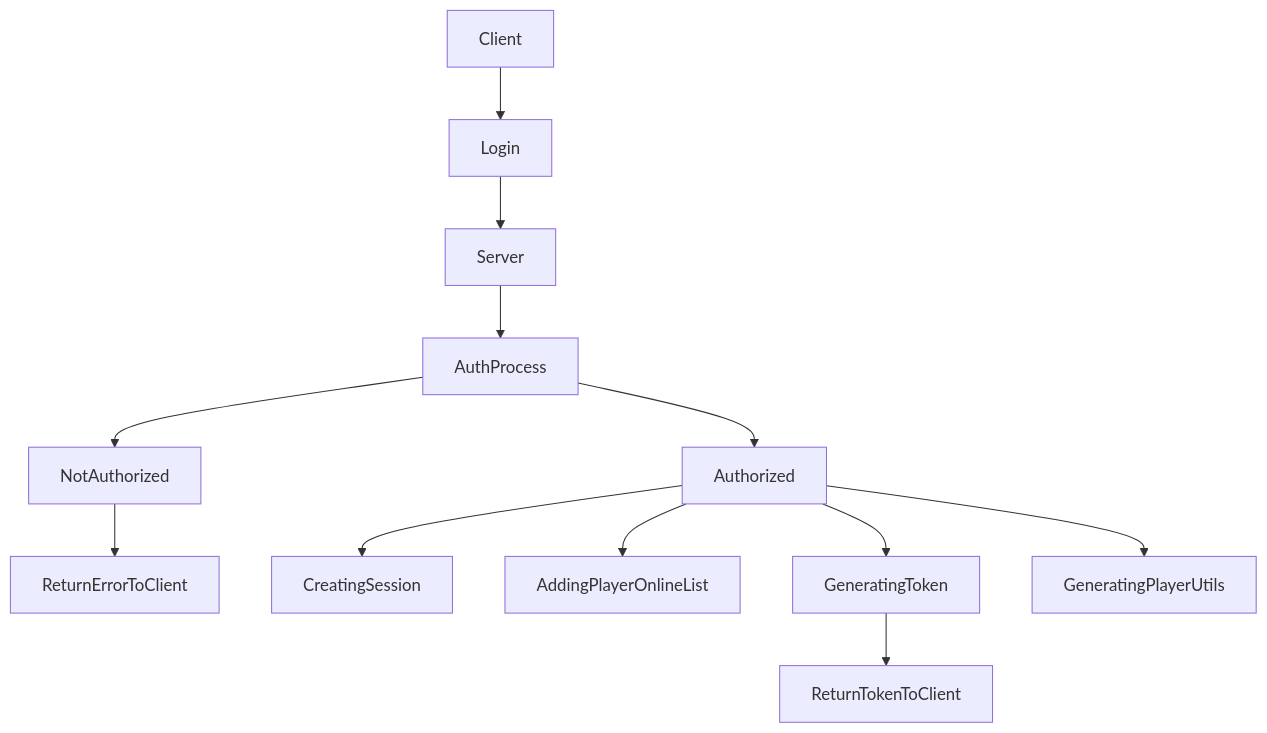
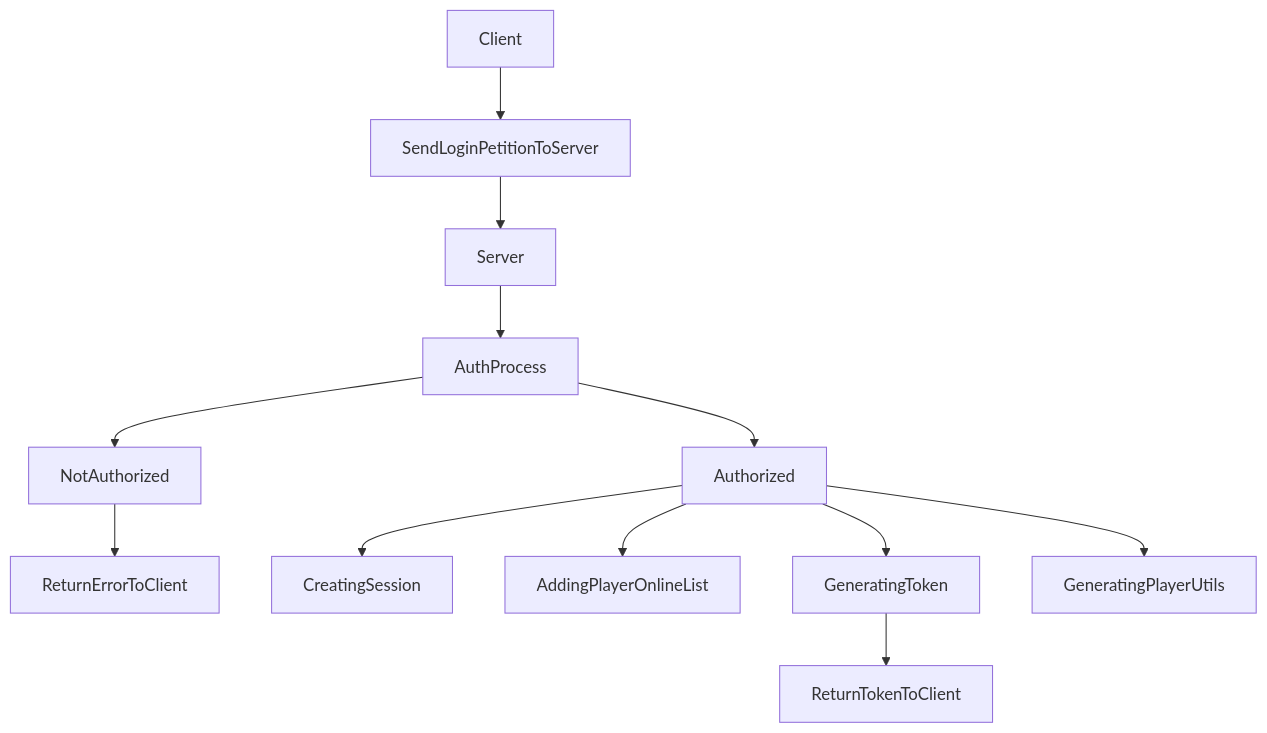
One commit to ZTZBX/core-ztzbx changed the diagram in README.md. Above: the diagram before and after it, drawn with Mermaid.

````diff
--- a/README.md
+++ b/README.md
@@ -32,10 +32,10 @@
 ```mermaid
 graph TD;
-    Client-->Login-->Server-->AuthProcess-->Authorized;
+    Client-->SendLoginPetitionToServer-->Server-->AuthProcess-->Authorized;
     AuthProcess-->NotAuthorized-->ReturnErrorToClient;
     Authorized-->CreatingSession
     Authorized-->AddingPlayerOnlineList
     Authorized-->GeneratingToken
     Authorized-->GeneratingPlayerUtils
     GeneratingToken-->ReturnTokenToClient
 ```
````
